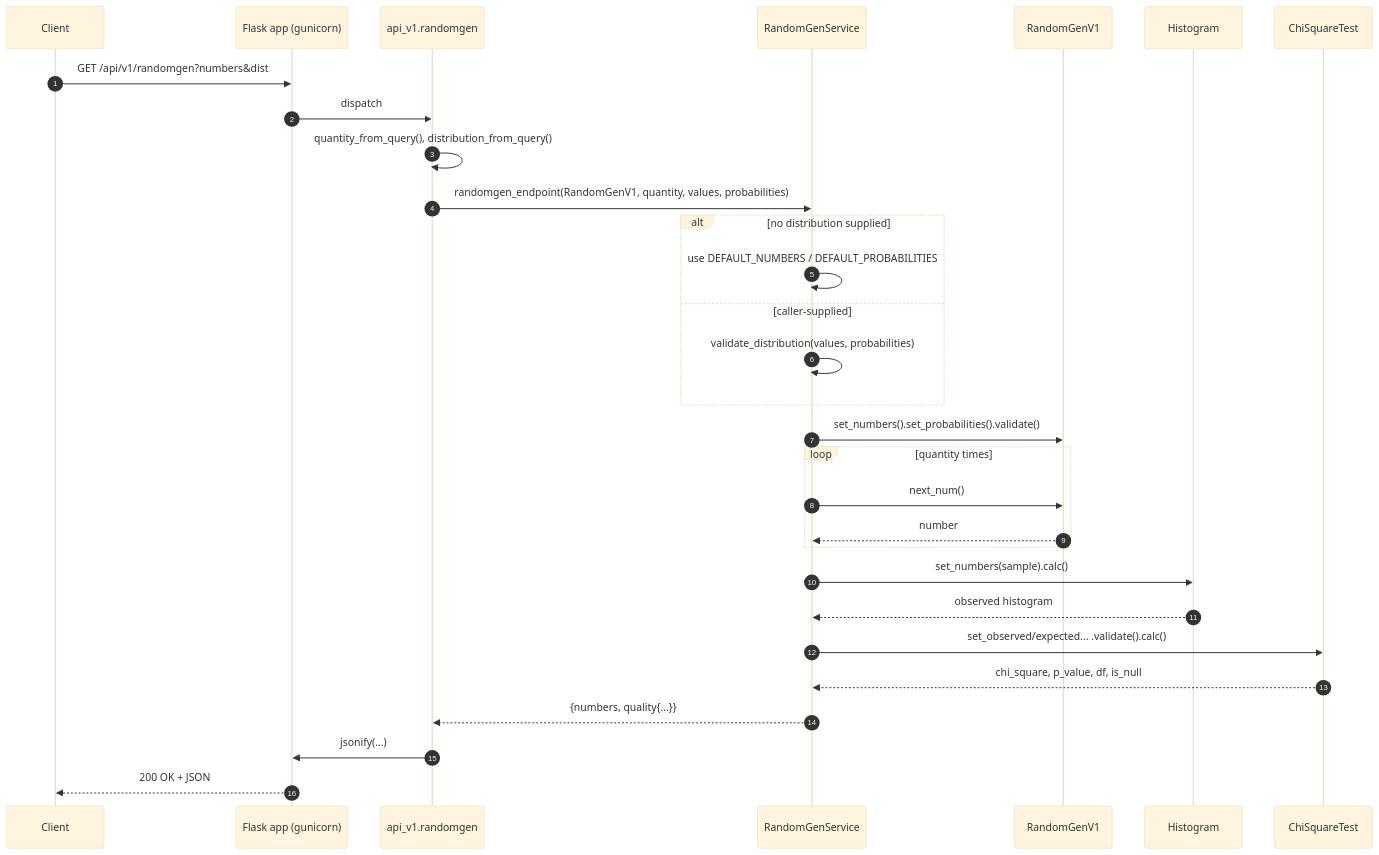
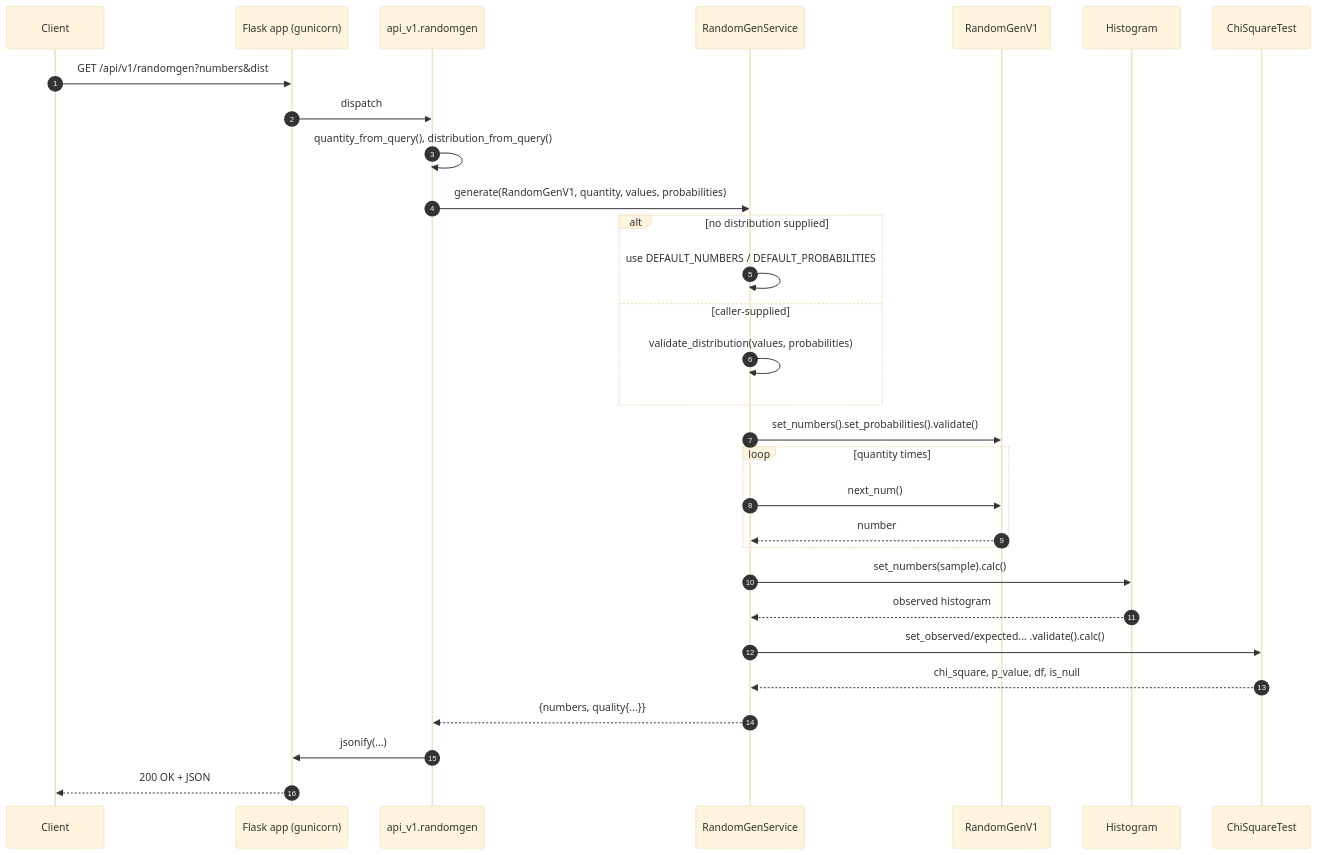
Before and after one commit to braboj/demo-randomgen: the first of 3 diagrams in docs/arc42/06-runtime-view.md, drawn with Mermaid (base theme). The commit also changed other lines of this file and 4 other files, not shown here.

First line of the commit message:
refactor: simplify RandomGenService method names (#189)

````diff
--- a/docs/arc42/06-runtime-view.md
+++ b/docs/arc42/06-runtime-view.md
@@ -13,33 +13,33 @@
 ```mermaid
 sequenceDiagram
     autonumber
     participant C as Client
     participant F as Flask app (gunicorn)
     participant R as api_v1.randomgen
     participant API as RandomGenService
     participant G as RandomGenV1
     participant H as Histogram
     participant X as ChiSquareTest
 
     C->>F: GET /api/v1/randomgen?numbers&dist
     F->>R: dispatch
     R->>R: quantity_from_query(), distribution_from_query()
-    R->>API: randomgen_endpoint(RandomGenV1, quantity, values, probabilities)
+    R->>API: generate(RandomGenV1, quantity, values, probabilities)
     alt no distribution supplied
         API->>API: use DEFAULT_NUMBERS / DEFAULT_PROBABILITIES
     else caller-supplied
         API->>API: validate_distribution(values, probabilities)
     end
     API->>G: set_numbers().set_probabilities().validate()
     loop quantity times
         API->>G: next_num()
         G-->>API: number
     end
     API->>H: set_numbers(sample).calc()
     H-->>API: observed histogram
     API->>X: set_observed/expected... .validate().calc()
     X-->>API: chi_square, p_value, df, is_null
     API-->>R: {numbers, quality{...}}
     R->>F: jsonify(...)
     F-->>C: 200 OK + JSON
 ```
````
